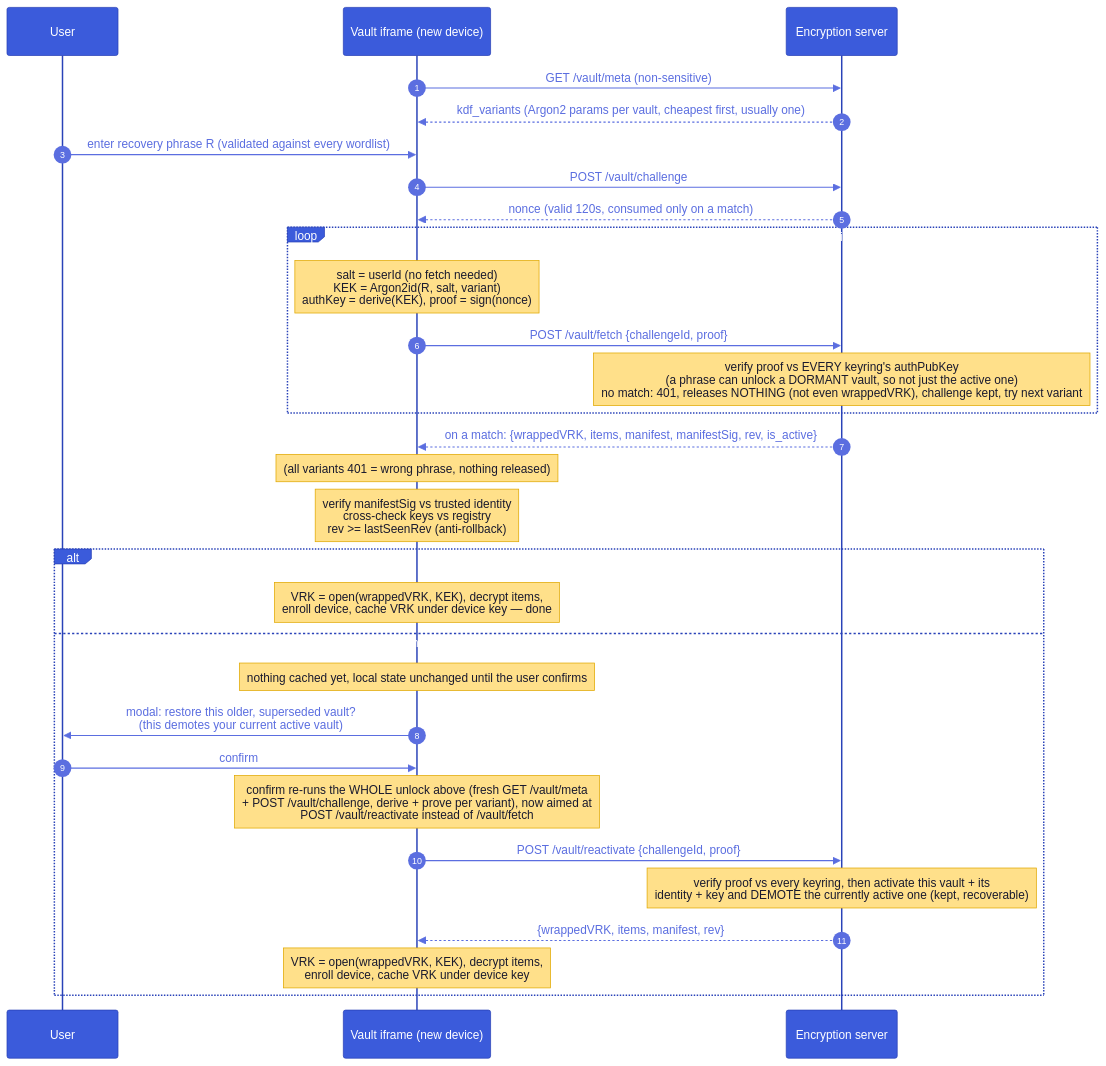
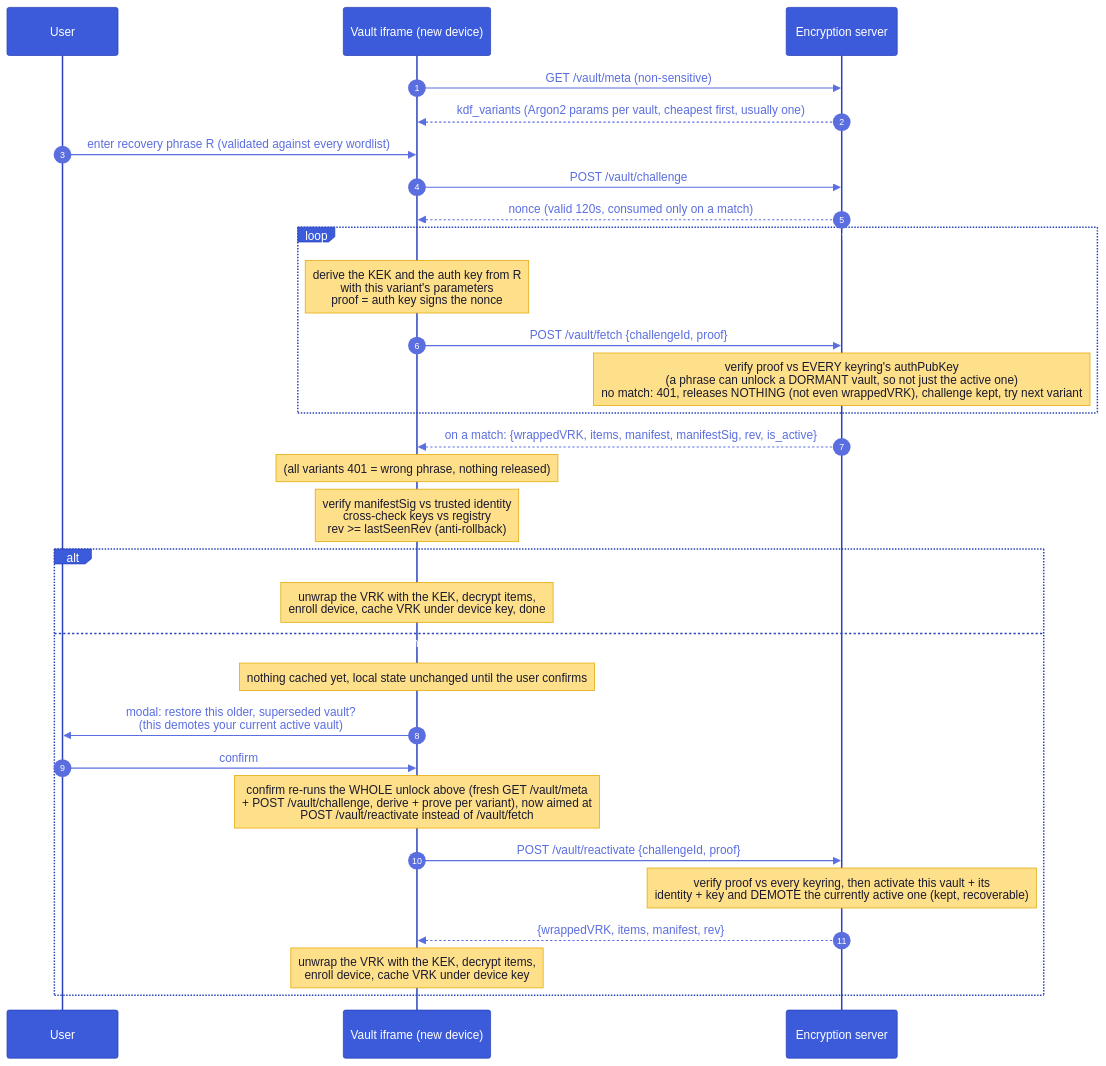
Before and after one commit to suitenumerique/encryption: the tenth of 22 diagrams in architecture.md, drawn with Mermaid. The commit also changed other lines of this file, not shown here.

````diff
--- a/architecture.md
+++ b/architecture.md
@@ -583,33 +920,33 @@
 ```mermaid
 %%{init: {'theme':'base','themeVariables':{'actorBkg':'#3b5bdb','actorTextColor':'#fff','actorBorder':'#2942b8','signalColor':'#5b6ee0','signalTextColor':'#5b6ee0','noteBkgColor':'#ffe08a','noteTextColor':'#1a1a2e','noteBorderColor':'#e0a800','sequenceNumberColor':'#fff'}}}%%
 sequenceDiagram
   autonumber
   participant U as User
   participant V as Vault iframe (new device)
   participant API as Encryption server
   V->>API: GET /vault/meta (non-sensitive)
   API-->>V: kdf_variants (Argon2 params per vault, cheapest first, usually one)
   U->>V: enter recovery phrase R (validated against every wordlist)
   V->>API: POST /vault/challenge
   API-->>V: nonce (valid 120s, consumed only on a match)
   loop each KDF variant until the proof verifies (usually the first)
-    Note over V: salt = userId (no fetch needed)<br/>KEK = Argon2id(R, salt, variant)<br/>authKey = derive(KEK), proof = sign(nonce)
+    Note over V: derive the KEK and the auth key from R<br/>with this variant's parameters<br/>proof = auth key signs the nonce
     V->>API: POST /vault/fetch {challengeId, proof}
     Note over API: verify proof vs EVERY keyring's authPubKey<br/>(a phrase can unlock a DORMANT vault, so not just the active one)<br/>no match: 401, releases NOTHING (not even wrappedVRK), challenge kept, try next variant
   end
   API-->>V: on a match: {wrappedVRK, items, manifest, manifestSig, rev, is_active}
   Note over V: (all variants 401 = wrong phrase, nothing released)
   Note over V: verify manifestSig vs trusted identity<br/>cross-check keys vs registry<br/>rev >= lastSeenRev (anti-rollback)
   alt is_active: the phrase unlocked the CURRENT vault
-    Note over V: VRK = open(wrappedVRK, KEK), decrypt items,<br/>enroll device, cache VRK under device key — done
+    Note over V: unwrap the VRK with the KEK, decrypt items,<br/>enroll device, cache VRK under device key, done
   else the phrase unlocked a DORMANT (superseded) vault
     Note over V: nothing cached yet, local state unchanged until the user confirms
     V->>U: modal: restore this older, superseded vault?<br/>(this demotes your current active vault)
     U->>V: confirm
     Note over V: confirm re-runs the WHOLE unlock above (fresh GET /vault/meta<br/>+ POST /vault/challenge, derive + prove per variant), now aimed at<br/>POST /vault/reactivate instead of /vault/fetch
     V->>API: POST /vault/reactivate {challengeId, proof}
     Note over API: verify proof vs every keyring, then activate this vault + its<br/>identity + key and DEMOTE the currently active one (kept, recoverable)
     API-->>V: {wrappedVRK, items, manifest, rev}
-    Note over V: VRK = open(wrappedVRK, KEK), decrypt items,<br/>enroll device, cache VRK under device key
+    Note over V: unwrap the VRK with the KEK, decrypt items,<br/>enroll device, cache VRK under device key
   end
 ```
````
